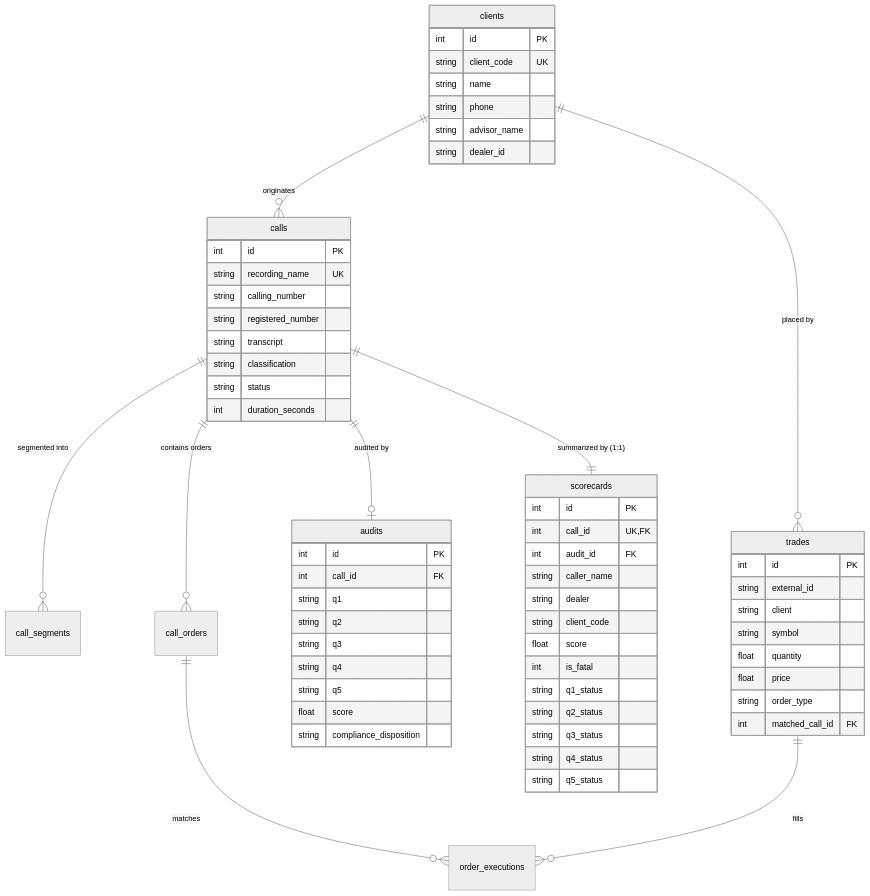
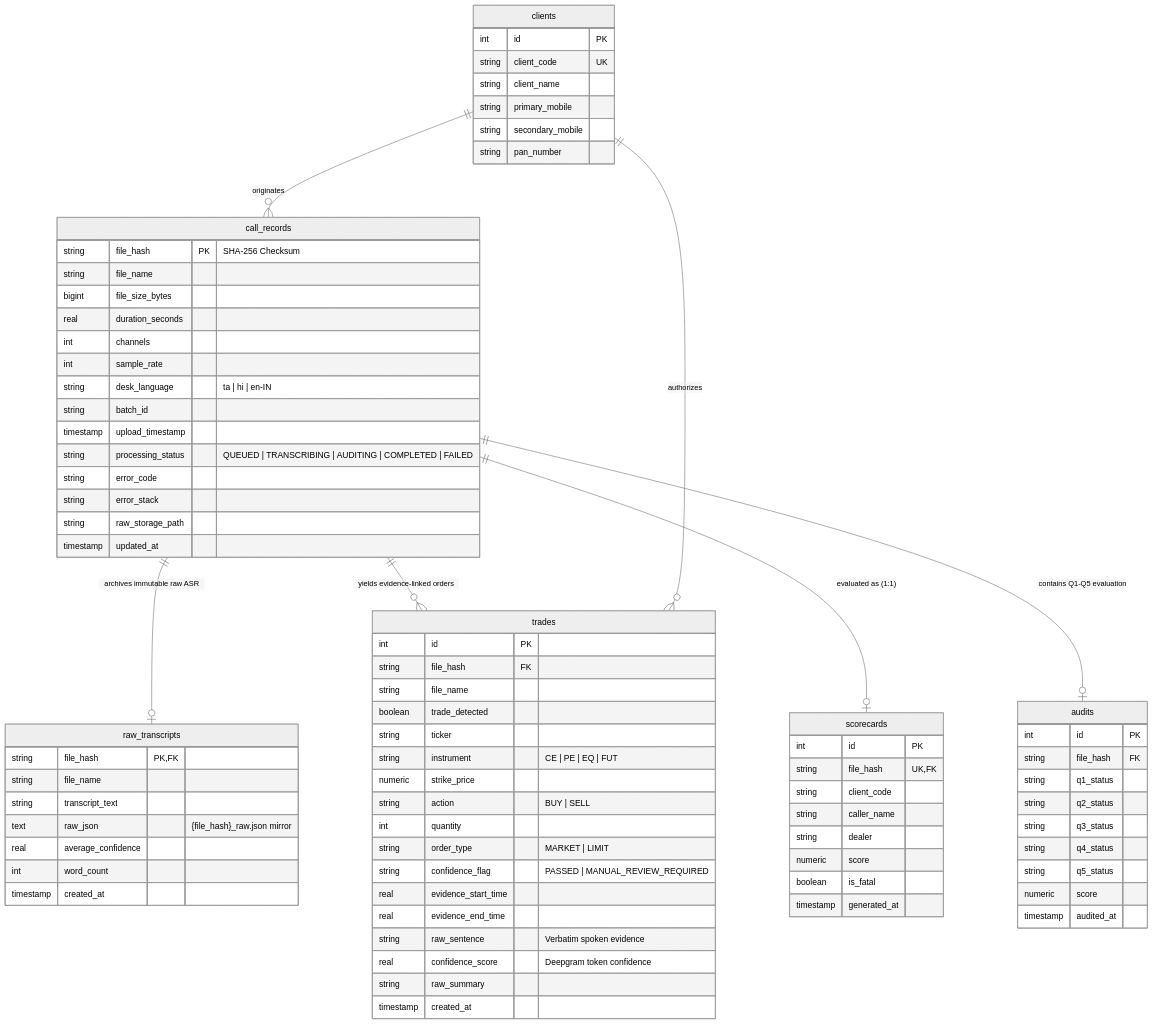
Before and after one commit to theaashutoshjha/ADAM: the seventh of 8 diagrams in ARCHITECTURE.md, drawn with Mermaid (neutral theme). The commit also changed other lines of this file and 10 other files, not shown here.

````diff
--- a/ARCHITECTURE.md
+++ b/ARCHITECTURE.md
@@ -291,70 +285,88 @@
 ```mermaid
 erDiagram
-    calls ||--o{ call_segments : "segmented into"
-    calls ||--o{ call_orders : "contains orders"
-    calls ||--o| audits : "audited by"
-    calls ||--|| scorecards : "summarized by (1:1)"
-    trades ||--o{ order_executions : "fills"
-    call_orders ||--o{ order_executions : "matches"
-    clients ||--o{ calls : "originates"
-    clients ||--o{ trades : "placed by"
+    call_records ||--o| raw_transcripts : "archives immutable raw ASR"
+    call_records ||--o{ trades : "yields evidence-linked orders"
+    call_records ||--o| scorecards : "evaluated as (1:1)"
+    call_records ||--o| audits : "contains Q1-Q5 evaluation"
+    clients ||--o{ call_records : "originates"
+    clients ||--o{ trades : "authorizes"
 
-    calls {
-        int id PK
-        string recording_name UK
-        string calling_number
-        string registered_number
-        string transcript
-        string classification
-        string status
-        int duration_seconds
+    call_records {
+        string file_hash PK "SHA-256 Checksum"
+        string file_name
+        bigint file_size_bytes
+        real duration_seconds
+        int channels
+        int sample_rate
+        string desk_language "ta | hi | en-IN"
+        string batch_id
+        timestamp upload_timestamp
+        string processing_status "QUEUED | TRANSCRIBING | AUDITING | COMPLETED | FAILED"
+        string error_code
+        string error_stack
+        string raw_storage_path
+        timestamp updated_at
+    }
+
+    raw_transcripts {
+        string file_hash PK,FK
+        string file_name
+        string transcript_text
+        text raw_json "{file_hash}_raw.json mirror"
+        real average_confidence
+        int word_count
+        timestamp created_at
     }
 
     trades {
         int id PK
-        string external_id
-        string client
-        string symbol
-        float quantity
-        float price
-        string order_type
-        int matched_call_id FK
+        string file_hash FK
+        string file_name
+        boolean trade_detected
+        string ticker
+        string instrument "CE | PE | EQ | FUT"
+        numeric strike_price
+        string action "BUY | SELL"
+        int quantity
+        string order_type "MARKET | LIMIT"
+        string confidence_flag "PASSED | MANUAL_REVIEW_REQUIRED"
+        real evidence_start_time
+        real evidence_end_time
+        string raw_sentence "Verbatim spoken evidence"
+        real confidence_score "Deepgram token confidence"
+        string raw_summary
+        timestamp created_at
     }
 
     audits {
         int id PK
-        int call_id FK
-        string q1
-        string q2
-        string q3
-        string q4
-        string q5
-        float score
-        string compliance_disposition
-    }
-
-    scorecards {
-        int id PK
-        int call_id UK,FK
-        int audit_id FK
-        string caller_name
-        string dealer
-        string client_code
-        float score
-        int is_fatal
+        string file_hash FK
         string q1_status
         string q2_status
         string q3_status
         string q4_status
         string q5_status
+        numeric score
+        timestamp audited_at
+    }
+
+    scorecards {
+        int id PK
+        string file_hash UK,FK
+        string client_code
+        string caller_name
+        string dealer
+        numeric score
+        boolean is_fatal
+        timestamp generated_at
     }
 
     clients {
         int id PK
         string client_code UK
-        string name
-        string phone
-        string advisor_name
-        string dealer_id
+        string client_name
+        string primary_mobile
+        string secondary_mobile
+        string pan_number
     }
 ```
````
